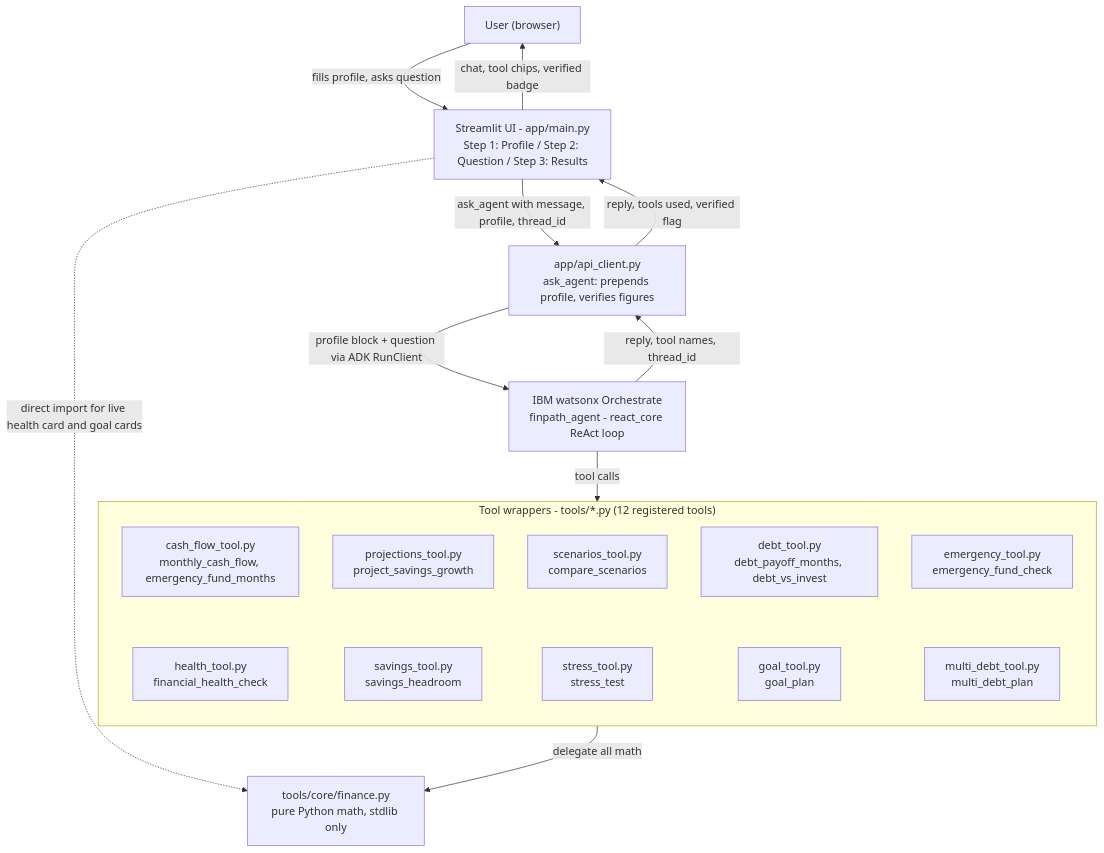
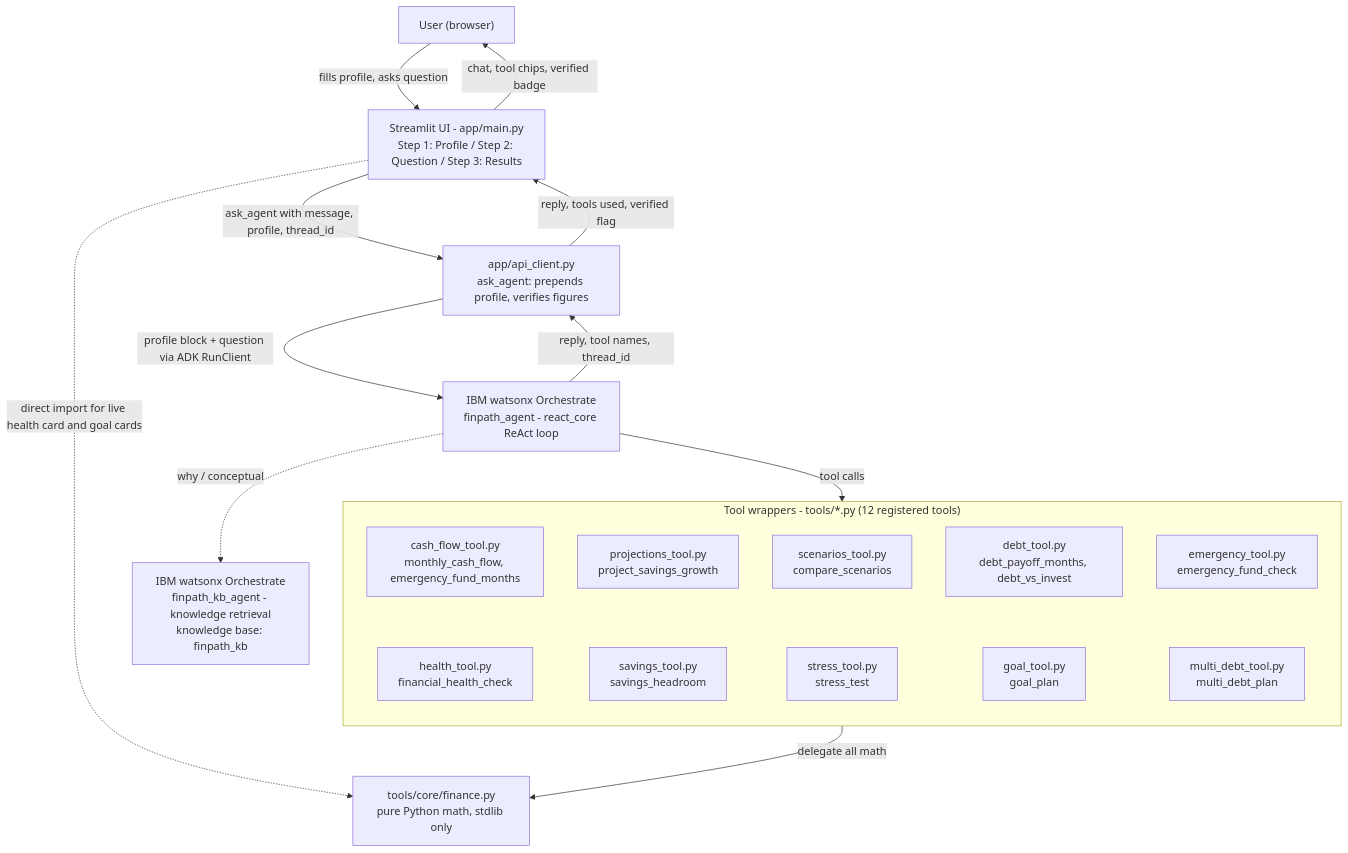
The diagram in docs/ARCHITECTURE.md (Anupama1395/finpath-ai), drawn with Mermaid before and after one commit. The commit also changed other lines of this file and 5 other files, not shown here.

Commit message:
Add RAG docs, architecture section, and changelog entries

````diff
--- a/docs/ARCHITECTURE.md
+++ b/docs/ARCHITECTURE.md
@@ -5,38 +5,41 @@
 ```mermaid
 flowchart TD
     User["User (browser)"]
     UI["Streamlit UI - app/main.py<br/>Step 1: Profile / Step 2: Question / Step 3: Results"]
     Client["app/api_client.py<br/>ask_agent: prepends profile, verifies figures"]
     WXO["IBM watsonx Orchestrate<br/>finpath_agent - react_core ReAct loop"]
 
     subgraph Wrappers["Tool wrappers - tools/*.py (12 registered tools)"]
         direction TB
         T1["cash_flow_tool.py<br/>monthly_cash_flow, emergency_fund_months"]
         T2["projections_tool.py<br/>project_savings_growth"]
         T3["scenarios_tool.py<br/>compare_scenarios"]
         T4["debt_tool.py<br/>debt_payoff_months, debt_vs_invest"]
         T5["emergency_tool.py<br/>emergency_fund_check"]
         T6["health_tool.py<br/>financial_health_check"]
         T7["savings_tool.py<br/>savings_headroom"]
         T8["stress_tool.py<br/>stress_test"]
         T9["goal_tool.py<br/>goal_plan"]
         T10["multi_debt_tool.py<br/>multi_debt_plan"]
         T1 ~~~ T6
         T2 ~~~ T7
         T3 ~~~ T8
         T4 ~~~ T9
         T5 ~~~ T10
     end
 
     Core["tools/core/finance.py<br/>pure Python math, stdlib only"]
 
+    KBAgent["IBM watsonx Orchestrate<br/>finpath_kb_agent - knowledge retrieval<br/>knowledge base: finpath_kb"]
+
     User -->|"fills profile, asks question"| UI
     UI -->|"ask_agent with message, profile, thread_id"| Client
     Client -->|"profile block + question via ADK RunClient"| WXO
     WXO -->|"tool calls"| Wrappers
     Wrappers -->|"delegate all math"| Core
     UI -.->|"direct import for live health card and goal cards"| Core
     WXO -->|"reply, tool names, thread_id"| Client
     Client -->|"reply, tools used, verified flag"| UI
     UI -->|"chat, tool chips, verified badge"| User
+    WXO -.->|"why / conceptual"| KBAgent
 ```
````
